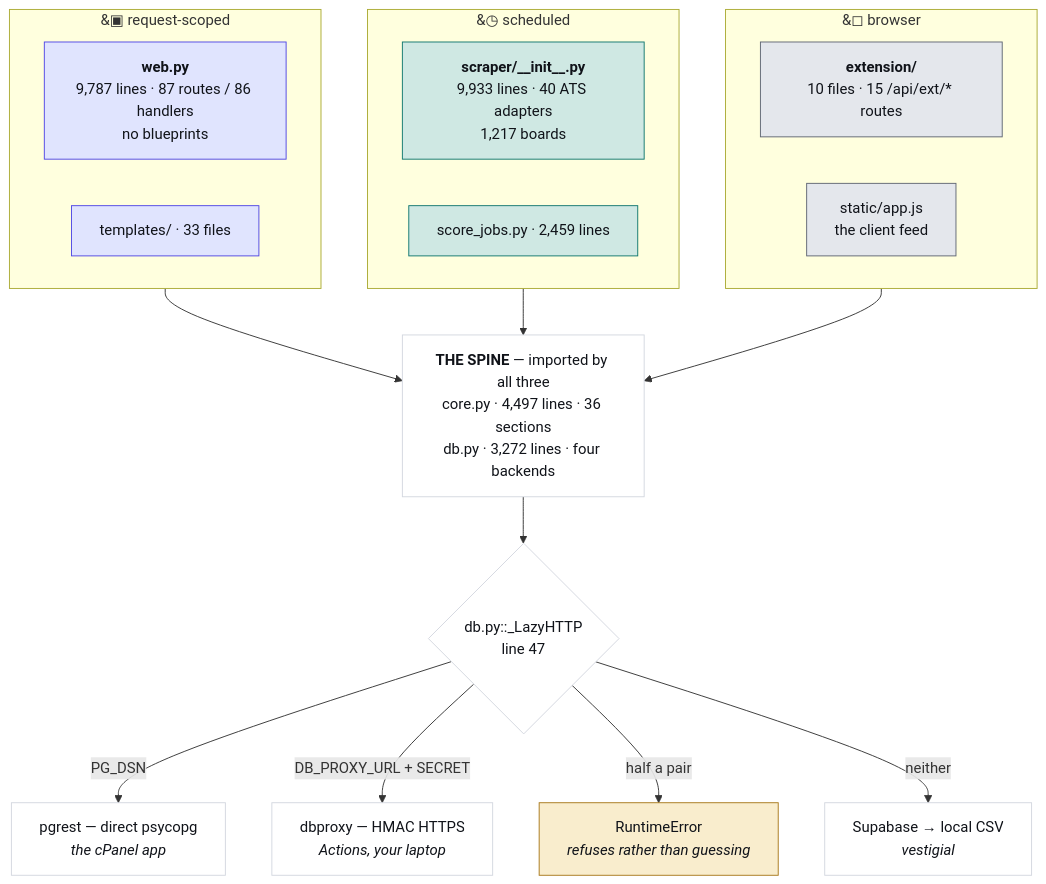
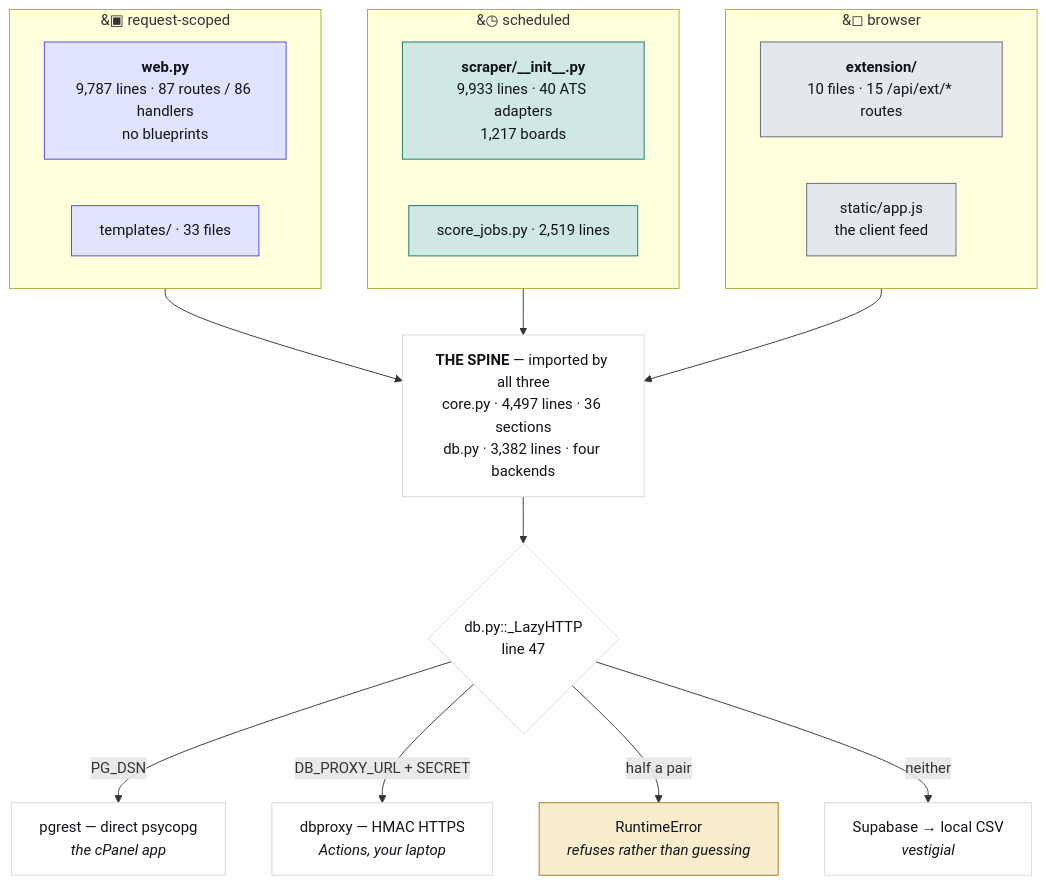
Before and after one commit to hadakunal909-debug/job-search-tool: the first of 4 diagrams in JobMatch Scraper/docs/ARCHITECTURE.md, drawn with Mermaid. The commit also changed 11 other files, not shown here.

````diff
--- a/JobMatch Scraper/docs/ARCHITECTURE.md
+++ b/JobMatch Scraper/docs/ARCHITECTURE.md
@@ -45,34 +45,34 @@
 ```mermaid
 flowchart TB
   subgraph REQ["&#9635; request-scoped"]
     W["<b>web.py</b><br/>9,787 lines · 87 routes / 86 handlers<br/>no blueprints"]
     T["templates/ · 33 files"]
   end
   subgraph SCH["&#9719; scheduled"]
     S["<b>scraper/__init__.py</b><br/>9,933 lines · 40 ATS adapters<br/>1,217 boards"]
-    J["score_jobs.py · 2,459 lines"]
+    J["score_jobs.py · 2,519 lines"]
   end
   subgraph CLI["&#9723; browser"]
     E["<b>extension/</b><br/>10 files · 15 /api/ext/* routes"]
     A["static/app.js<br/>the client feed"]
   end
-  SPINE["<b>THE SPINE</b> — imported by all three<br/>core.py · 4,497 lines · 36 sections<br/>db.py · 3,272 lines · four backends"]
+  SPINE["<b>THE SPINE</b> — imported by all three<br/>core.py · 4,497 lines · 36 sections<br/>db.py · 3,382 lines · four backends"]
   REQ --> SPINE
   SCH --> SPINE
   CLI --> SPINE
   SPINE --> D{"db.py::_LazyHTTP<br/>line 47"}
   D -->|"PG_DSN"| P["pgrest — direct psycopg<br/><i>the cPanel app</i>"]
   D -->|"DB_PROXY_URL + SECRET"| X["dbproxy — HMAC HTTPS<br/><i>Actions, your laptop</i>"]
   D -->|"half a pair"| R["RuntimeError<br/><i>refuses rather than guessing</i>"]
   D -->|"neither"| V["Supabase → local CSV<br/><i>vestigial</i>"]
   classDef web fill:#e0e4fe,stroke:#4f46e5,color:#101319
   classDef sched fill:#cfe8e3,stroke:#0f766e,color:#101319
   classDef client fill:#e4e7ec,stroke:#5f6573,color:#101319
   classDef trap fill:#f9edcd,stroke:#a8781a,color:#101319
   classDef plain fill:#ffffff,stroke:#d3d7df,color:#101319
   class W,T web
   class S,J sched
   class E,A client
   class R trap
   class SPINE,D,P,X,V plain
 ```
````
